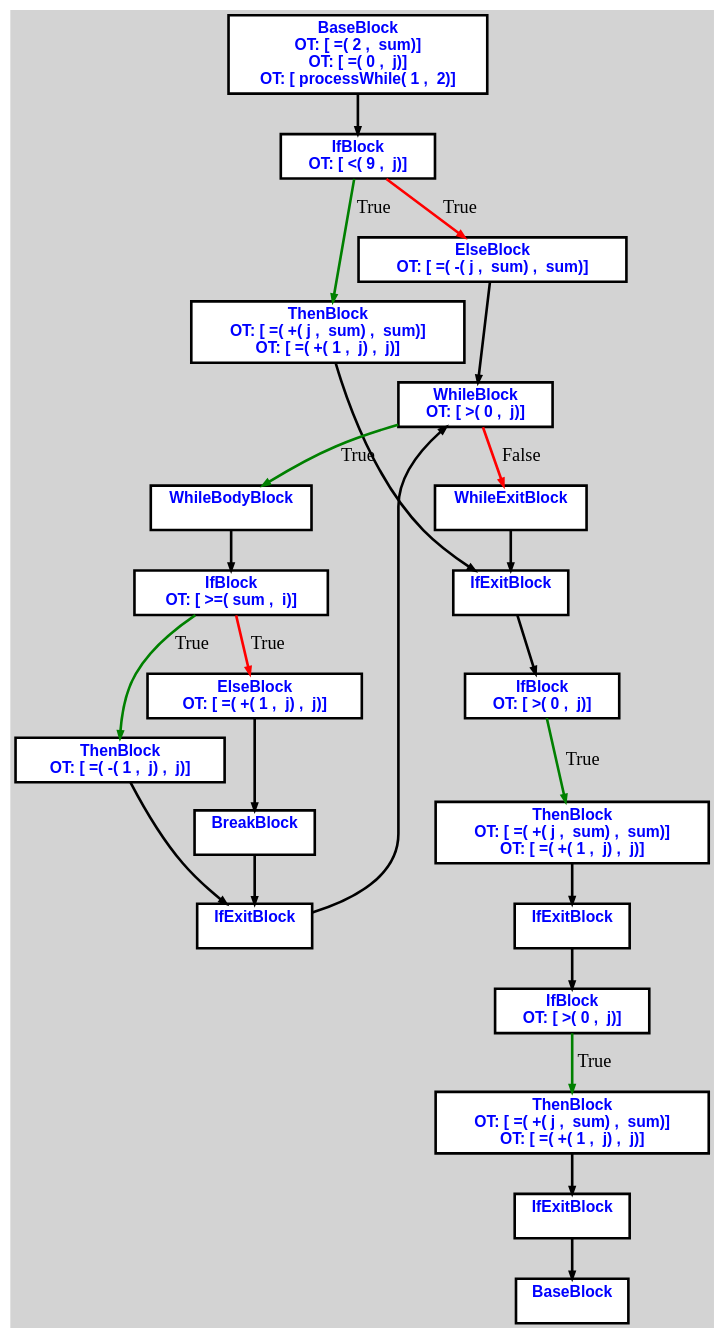
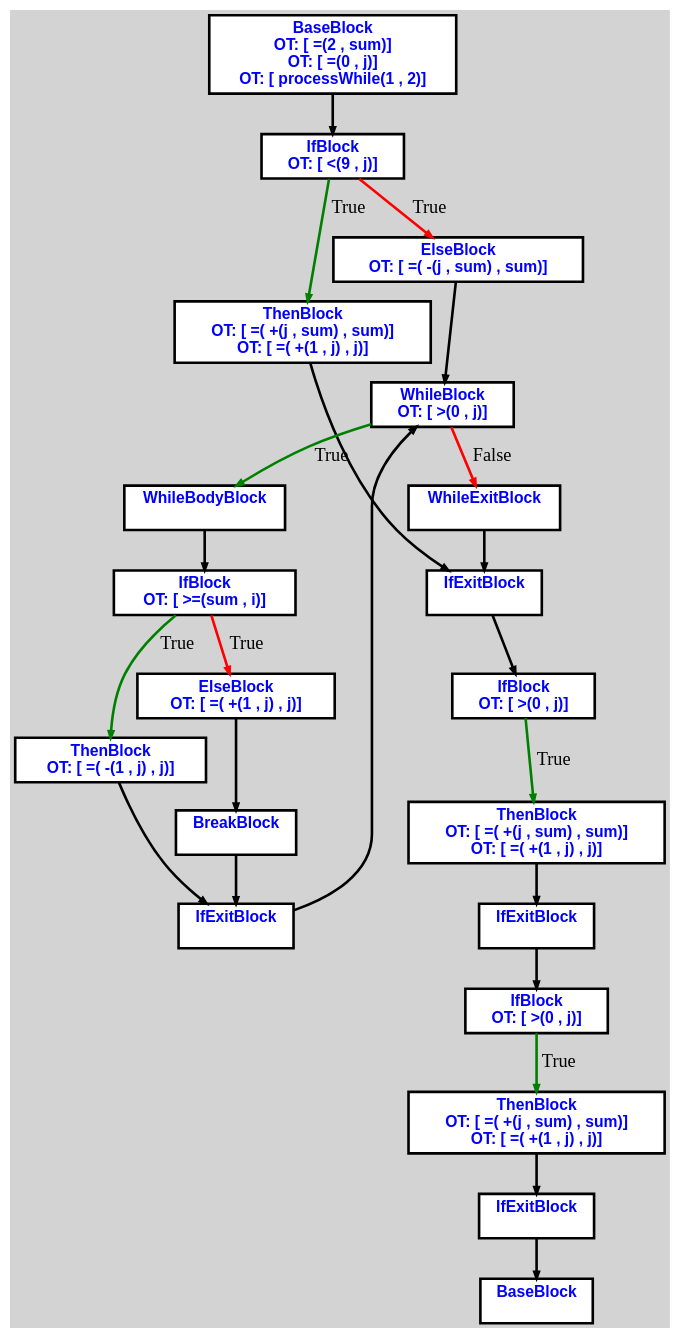
Before and after one commit to aveen007/CountingMonkeys: the diagram in cpoCompilerWin/input.txt.processAnotherArray.dot, drawn with Graphviz. The commit also changed 26 other files, not shown here.

```diff
--- a/cpoCompilerWin/input.txt.processAnotherArray.dot
+++ b/cpoCompilerWin/input.txt.processAnotherArray.dot
@@ -1,66 +1,66 @@
 digraph G {
 ordering=out;
 ranksep=.4;
 bgcolor="lightgrey";  node [shape=box, fixedsize=false, fontsize=12, fontname="Helvetica-bold", fontcolor="blue"
 width=.25, height=.25, color="black", fillcolor="white", style="filled, solid, bold"];
 
-edge [arrowsize=.5, color="black", style="bold"]    n00001220E9BA2B40 [label="BaseBlock\n OT: [ =( 2 ,  sum)]
-OT: [ =( 0 ,  j)]
-OT: [ processWhile( 1 ,  2)]
+edge [arrowsize=.5, color="black", style="bold"]    n000011E479922AE0 [label="BaseBlock\n OT: [ =(2 , sum)]
+OT: [ =(0 , j)]
+OT: [ processWhile(1 , 2)]
 "]
-    n00001220E9BA2BA0 [label="IfBlock\n OT: [ <( 9 ,  j)]
+    n000011E479922B40 [label="IfBlock\n OT: [ <(9 , j)]
 "]
-    n00001220E9BA2B40 -> n00001220E9BA2BA0
-    n00001220E9BA2BA0 -> n00001220E9BA2C00 [label="True" color="green"]
-    n00001220E9BA2C00 [label="ThenBlock\n OT: [ =( +( j ,  sum) ,  sum)]
-OT: [ =( +( 1 ,  j) ,  j)]
+    n000011E479922AE0 -> n000011E479922B40
+    n000011E479922B40 -> n000011E479922BA0 [label="True" color="green"]
+    n000011E479922BA0 [label="ThenBlock\n OT: [ =( +(j , sum) , sum)]
+OT: [ =( +(1 , j) , j)]
 "]
-    n00001220E9BA2FC0 [label="IfExitBlock\n "]
-    n00001220E9BA2C00 -> n00001220E9BA2FC0
-    n00001220E9BA3020 [label="IfBlock\n OT: [ >( 0 ,  j)]
+    n000011E479922F60 [label="IfExitBlock\n "]
+    n000011E479922BA0 -> n000011E479922F60
+    n000011E479922FC0 [label="IfBlock\n OT: [ >(0 , j)]
 "]
-    n00001220E9BA2FC0 -> n00001220E9BA3020
-    n00001220E9BA3020 -> n00001220E9BA3080 [label="True" color="green"]
-    n00001220E9BA3080 [label="ThenBlock\n OT: [ =( +( j ,  sum) ,  sum)]
-OT: [ =( +( 1 ,  j) ,  j)]
+    n000011E479922F60 -> n000011E479922FC0
+    n000011E479922FC0 -> n000011E479923020 [label="True" color="green"]
+    n000011E479923020 [label="ThenBlock\n OT: [ =( +(j , sum) , sum)]
+OT: [ =( +(1 , j) , j)]
 "]
-    n00001220E9BA30E0 [label="IfExitBlock\n "]
-    n00001220E9BA3080 -> n00001220E9BA30E0
-    n00001220E9BA3140 [label="IfBlock\n OT: [ >( 0 ,  j)]
+    n000011E479923080 [label="IfExitBlock\n "]
+    n000011E479923020 -> n000011E479923080
+    n000011E4799230E0 [label="IfBlock\n OT: [ >(0 , j)]
 "]
-    n00001220E9BA30E0 -> n00001220E9BA3140
-    n00001220E9BA3140 -> n00001220E9BA31A0 [label="True" color="green"]
-    n00001220E9BA31A0 [label="ThenBlock\n OT: [ =( +( j ,  sum) ,  sum)]
-OT: [ =( +( 1 ,  j) ,  j)]
+    n000011E479923080 -> n000011E4799230E0
+    n000011E4799230E0 -> n000011E479923140 [label="True" color="green"]
+    n000011E479923140 [label="ThenBlock\n OT: [ =( +(j , sum) , sum)]
+OT: [ =( +(1 , j) , j)]
 "]
-    n00001220E9BA3200 [label="IfExitBlock\n "]
-    n00001220E9BA31A0 -> n00001220E9BA3200
-    n00001220E9BA3260 [label="BaseBlock\n "]
-    n00001220E9BA3200 -> n00001220E9BA3260
-    n00001220E9BA2BA0 -> n00001220E9BA2C60 [label="True" color="red"]
-    n00001220E9BA2C60 [label="ElseBlock\n OT: [ =( -( j ,  sum) ,  sum)]
+    n000011E4799231A0 [label="IfExitBlock\n "]
+    n000011E479923140 -> n000011E4799231A0
+    n000011E479923200 [label="BaseBlock\n "]
+    n000011E4799231A0 -> n000011E479923200
+    n000011E479922B40 -> n000011E479922C00 [label="True" color="red"]
+    n000011E479922C00 [label="ElseBlock\n OT: [ =( -(j , sum) , sum)]
 "]
-    n00001220E9BA2CC0 [label="WhileBlock\n OT: [ >( 0 ,  j)]
+    n000011E479922C60 [label="WhileBlock\n OT: [ >(0 , j)]
 "]
-    n00001220E9BA2C60 -> n00001220E9BA2CC0
-	   n00001220E9BA2CC0 -> n00001220E9BA2D20 [ label = "True" color="green"]
-    n00001220E9BA2D20 [label="WhileBodyBlock\n "]
-    n00001220E9BA2DE0 [label="IfBlock\n OT: [ >=( sum ,  i)]
+    n000011E479922C00 -> n000011E479922C60
+	   n000011E479922C60 -> n000011E479922CC0 [ label = "True" color="green"]
+    n000011E479922CC0 [label="WhileBodyBlock\n "]
+    n000011E479922D80 [label="IfBlock\n OT: [ >=(sum , i)]
 "]
-    n00001220E9BA2D20 -> n00001220E9BA2DE0
-    n00001220E9BA2DE0 -> n00001220E9BA2E40 [label="True" color="green"]
-    n00001220E9BA2E40 [label="ThenBlock\n OT: [ =( -( 1 ,  j) ,  j)]
+    n000011E479922CC0 -> n000011E479922D80
+    n000011E479922D80 -> n000011E479922DE0 [label="True" color="green"]
+    n000011E479922DE0 [label="ThenBlock\n OT: [ =( -(1 , j) , j)]
 "]
-    n00001220E9BA2F60 [label="IfExitBlock\n "]
-    n00001220E9BA2E40 -> n00001220E9BA2F60
-    n00001220E9BA2F60 -> n00001220E9BA2CC0
-    n00001220E9BA2DE0 -> n00001220E9BA2EA0 [label="True" color="red"]
-    n00001220E9BA2EA0 [label="ElseBlock\n OT: [ =( +( 1 ,  j) ,  j)]
+    n000011E479922F00 [label="IfExitBlock\n "]
+    n000011E479922DE0 -> n000011E479922F00
+    n000011E479922F00 -> n000011E479922C60
+    n000011E479922D80 -> n000011E479922E40 [label="True" color="red"]
+    n000011E479922E40 [label="ElseBlock\n OT: [ =( +(1 , j) , j)]
 "]
-    n00001220E9BA2F00 [label="BreakBlock\n "]
-    n00001220E9BA2EA0 -> n00001220E9BA2F00
-    n00001220E9BA2F00 -> n00001220E9BA2F60
-	   n00001220E9BA2CC0 -> n00001220E9BA2D80 [ label = "False" color="red"]
-    n00001220E9BA2D80 [label="WhileExitBlock\n "]
-    n00001220E9BA2D80 -> n00001220E9BA2FC0
+    n000011E479922EA0 [label="BreakBlock\n "]
+    n000011E479922E40 -> n000011E479922EA0
+    n000011E479922EA0 -> n000011E479922F00
+	   n000011E479922C60 -> n000011E479922D20 [ label = "False" color="red"]
+    n000011E479922D20 [label="WhileExitBlock\n "]
+    n000011E479922D20 -> n000011E479922F60
 }
```
